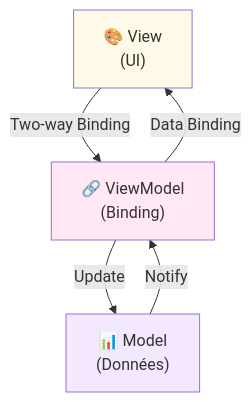
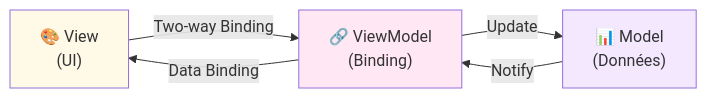
Before and after one commit to fpetitit/formation-back-front: the fourth of 26 diagrams in slides.md, drawn with Mermaid. The commit also changed other lines of this file, not shown here.

Commit message:
feat: update mermaid diagrams for better clarity and optimize CQRS pattern explanation

````diff
--- a/slides.md
+++ b/slides.md
@@ -281,15 +281,15 @@
 ```mermaid
-graph TB
+graph LR
                             View["🎨 View<br/>(UI)"]
                             ViewModel["🔗 ViewModel<br/>(Binding)"]
                             Model["📊 Model<br/>(Données)"]
                             
                             View -->|Two-way Binding| ViewModel
                             ViewModel -->|Data Binding| View
                             ViewModel -->|Update| Model
                             Model -->|Notify| ViewModel
                             
                             style View fill:#fff9e8
                             style ViewModel fill:#ffe8f4
                             style Model fill:#f4e8ff
 ```
````
